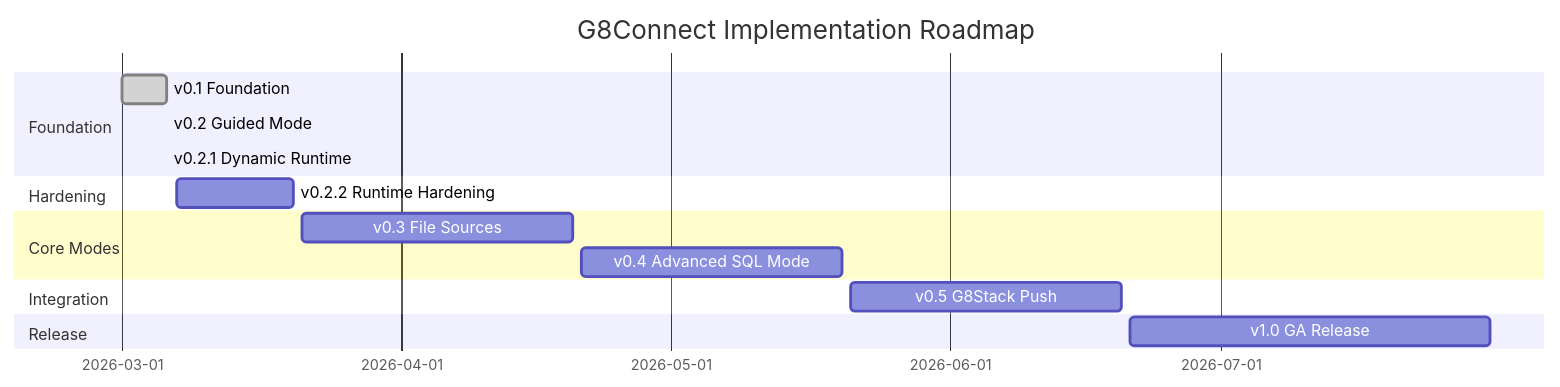
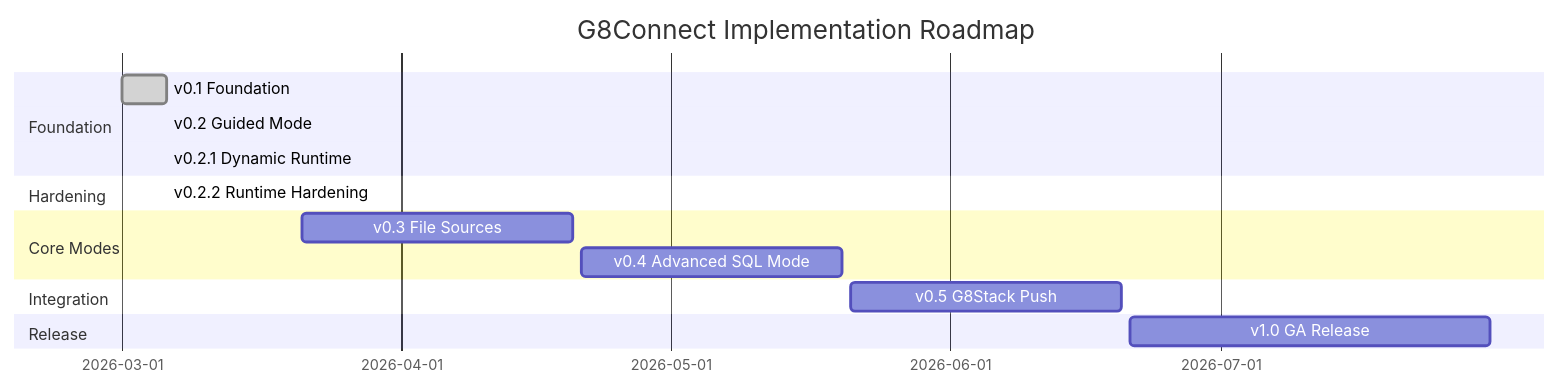
One commit to developers-hub-my/g8stack-connect changed the first of 3 diagrams in docs/05-roadmap/01-implementation-roadmap.md. Above: the diagram before and after it, drawn with Mermaid. The commit also changed other lines of this file and 1 other file, not shown here.

Commit message:
Mark v0.2.2 Runtime Hardening as complete

````diff
--- a/docs/05-roadmap/01-implementation-roadmap.md
+++ b/docs/05-roadmap/01-implementation-roadmap.md
@@ -23,18 +23,18 @@
 ```mermaid
 gantt
   title G8Connect Implementation Roadmap
   dateFormat YYYY-MM-DD
   section Foundation
     v0.1 Foundation         :done, 2026-03-01, 2026-03-06
     v0.2 Guided Mode        :done, 2026-03-06, 2026-03-06
     v0.2.1 Dynamic Runtime  :done, 2026-03-06, 2026-03-06
   section Hardening
-    v0.2.2 Runtime Hardening :2026-03-07, 2026-03-20
+    v0.2.2 Runtime Hardening :done, 2026-03-06, 2026-03-06
   section Core Modes
     v0.3 File Sources       :2026-03-21, 2026-04-20
     v0.4 Advanced SQL Mode  :2026-04-21, 2026-05-20
   section Integration
     v0.5 G8Stack Push       :2026-05-21, 2026-06-20
   section Release
     v1.0 GA Release         :2026-06-21, 2026-07-31
 ```
````
